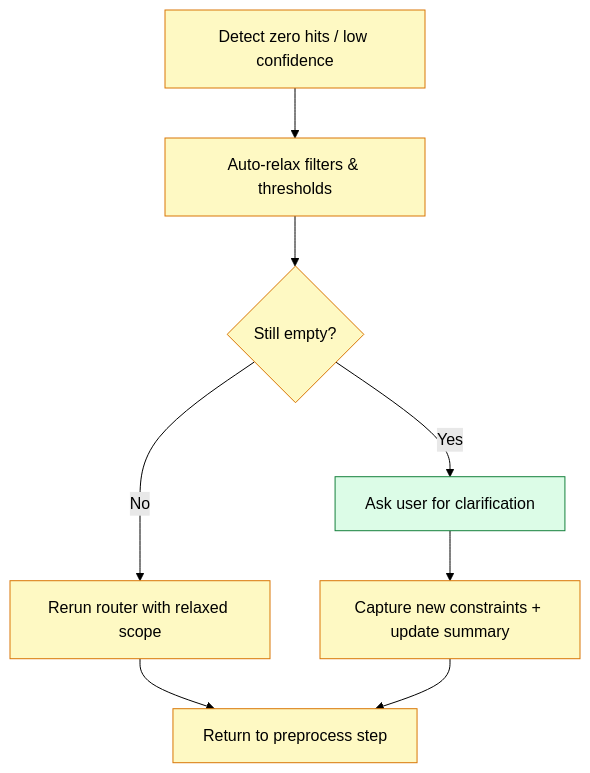
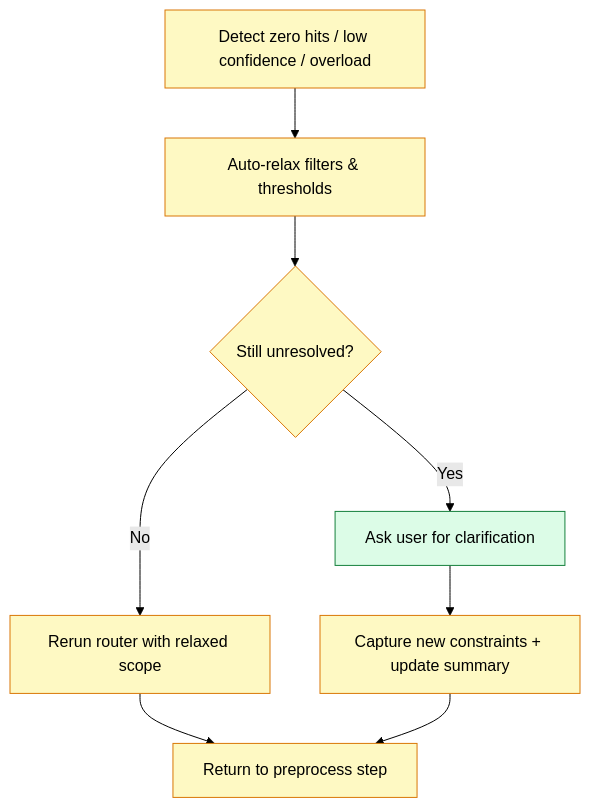
One commit to nobody-qwert/zzz_rag_xxx changed the third of 3 diagrams in docs/architecture/rag_workflow.md. Above: the diagram before and after it, drawn with Mermaid (forest theme). The commit also changed other lines of this file, not shown here.

````diff
--- a/docs/architecture/rag_workflow.md
+++ b/docs/architecture/rag_workflow.md
@@ -128,21 +130,21 @@
 ```mermaid
 flowchart TD
-    DETECT[Detect zero hits / low confidence]
+    DETECT[Detect zero hits / low confidence / overload]
     DETECT --> AUTORELAX[Auto-relax filters & thresholds]
-    AUTORELAX --> RETRY{Still empty?}
+    AUTORELAX --> RETRY{Still unresolved?}
 
     RETRY -->|No| RERUN[Rerun router with relaxed scope]
     RERUN --> PREPROCESS[Return to preprocess step]
 
     RETRY -->|Yes| ASK[Ask user for clarification]
     ASK --> CAPTURE[Capture new constraints + update summary]
     CAPTURE --> PREPROCESS
 
     style DETECT fill:#fef9c3,stroke:#d97706,color:#000
     style AUTORELAX fill:#fef9c3,stroke:#d97706,color:#000
     style RETRY fill:#fef9c3,stroke:#d97706,color:#000
     style RERUN fill:#fef9c3,stroke:#d97706,color:#000
     style PREPROCESS fill:#fef9c3,stroke:#d97706,color:#000
     style ASK fill:#dcfce7,stroke:#15803d,color:#000
     style CAPTURE fill:#fef9c3,stroke:#d97706,color:#000
 ```
````
